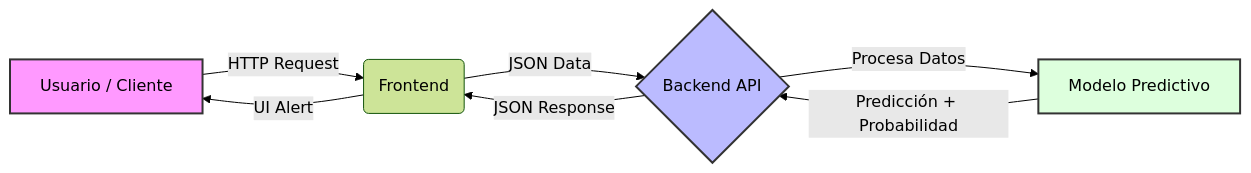
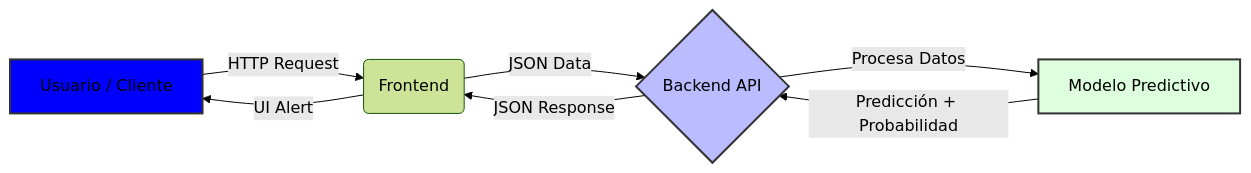
One commit to educhile1/FlightOnTime_H12-25-L-Equipo-75 changed the diagram in README.md. Above: the diagram before and after it, drawn with Mermaid (forest theme).

````diff
--- a/README.md
+++ b/README.md
@@ -75,13 +75,13 @@
 ```mermaid
 graph LR
     A[Usuario / Cliente] -- HTTP Request --> B(Frontend)
     B -- JSON Data --> C{Backend API}
     C -- Procesa Datos --> D[Modelo Predictivo]
     D -- Predicción + Probabilidad --> C
     C -- JSON Response --> B
     B -- UI Alert --> A
     
-    style A fill:#f9f,stroke:#333,stroke-width:2px
+    style A fill:#00f,stroke:#333,stroke-width:2px
     style C fill:#bbf,stroke:#333,stroke-width:2px
     style D fill:#dfd,stroke:#333,stroke-width:2px
 ```
````
